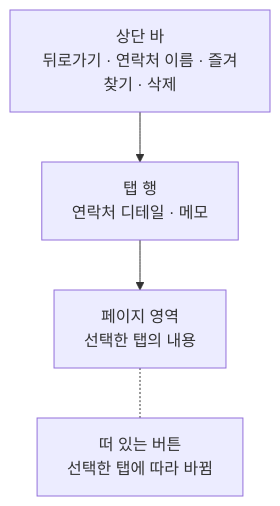
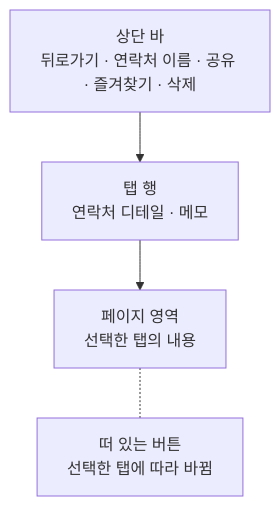
Before and after one commit to taetae98coding/DiaryKMP: the first of 2 diagrams in docs/design/contact-detail.md, drawn with Mermaid. The commit also changed other lines of this file and 28 other files, not shown here.

````diff
--- a/docs/design/contact-detail.md
+++ b/docs/design/contact-detail.md
@@ -17,10 +19,10 @@
 ```mermaid
 flowchart TB
-    top["상단 바<br/>뒤로가기 · 연락처 이름 · 즐겨찾기 · 삭제"]
+    top["상단 바<br/>뒤로가기 · 연락처 이름 · 공유 · 즐겨찾기 · 삭제"]
     tabs["탭 행<br/>연락처 디테일 · 메모"]
     pager["페이지 영역<br/>선택한 탭의 내용"]
     fab["떠 있는 버튼<br/>선택한 탭에 따라 바뀜"]
 
     top --> tabs --> pager
     pager -.- fab
 ```
````
